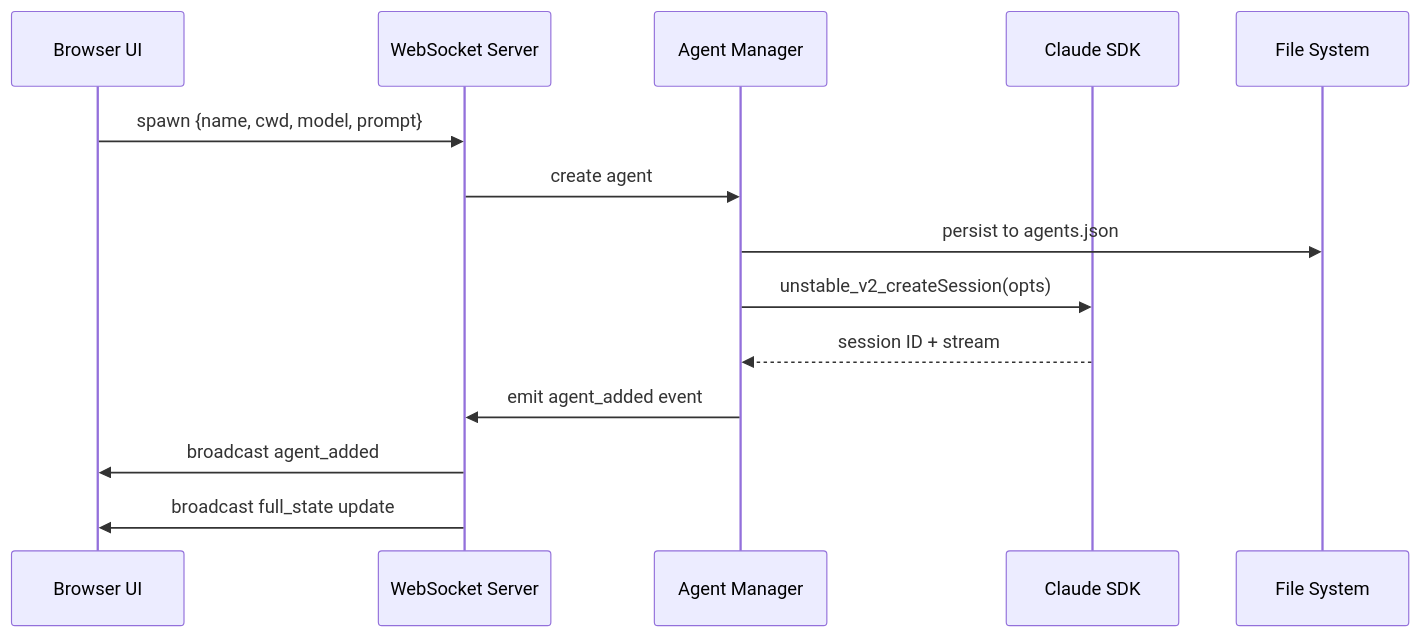
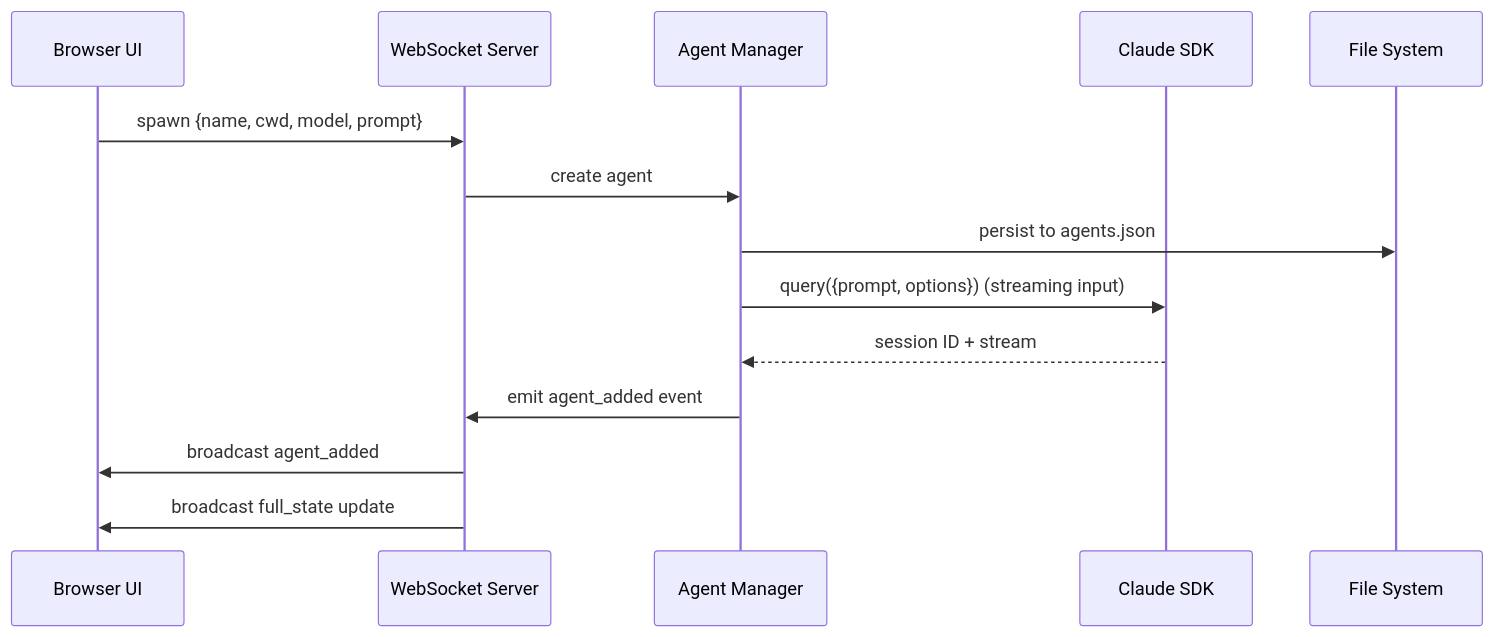
Before and after one commit to smeltery/bureau: the third of 9 diagrams in articles/punching-in-building-an-office-for-ai-agents.md, drawn with Mermaid. The commit also changed other lines of this file and 11 other files, not shown here.

First line of the commit message:
feat: migrate to Claude Agent SDK 0.3.x query() API

````diff
--- a/articles/punching-in-building-an-office-for-ai-agents.md
+++ b/articles/punching-in-building-an-office-for-ai-agents.md
@@ -123,17 +120,17 @@
 ```mermaid
 sequenceDiagram
     participant UI as Browser UI
     participant WS as WebSocket Server
     participant AM as Agent Manager
     participant SDK as Claude SDK
     participant FS as File System
 
     UI->>WS: spawn {name, cwd, model, prompt}
     WS->>AM: create agent
     AM->>FS: persist to agents.json
-    AM->>SDK: unstable_v2_createSession(opts)
+    AM->>SDK: query({prompt, options}) (streaming input)
     SDK-->>AM: session ID + stream
     AM->>WS: emit agent_added event
     WS->>UI: broadcast agent_added
     WS->>UI: broadcast full_state update
 ```
````
